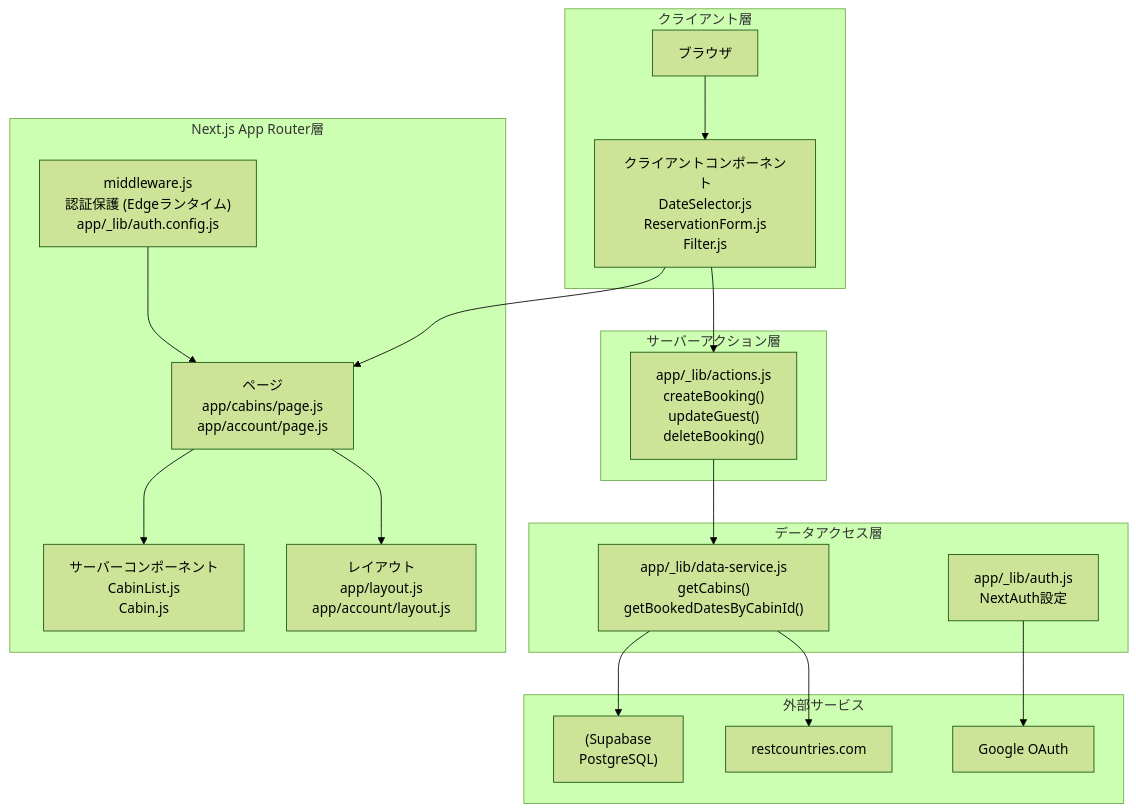
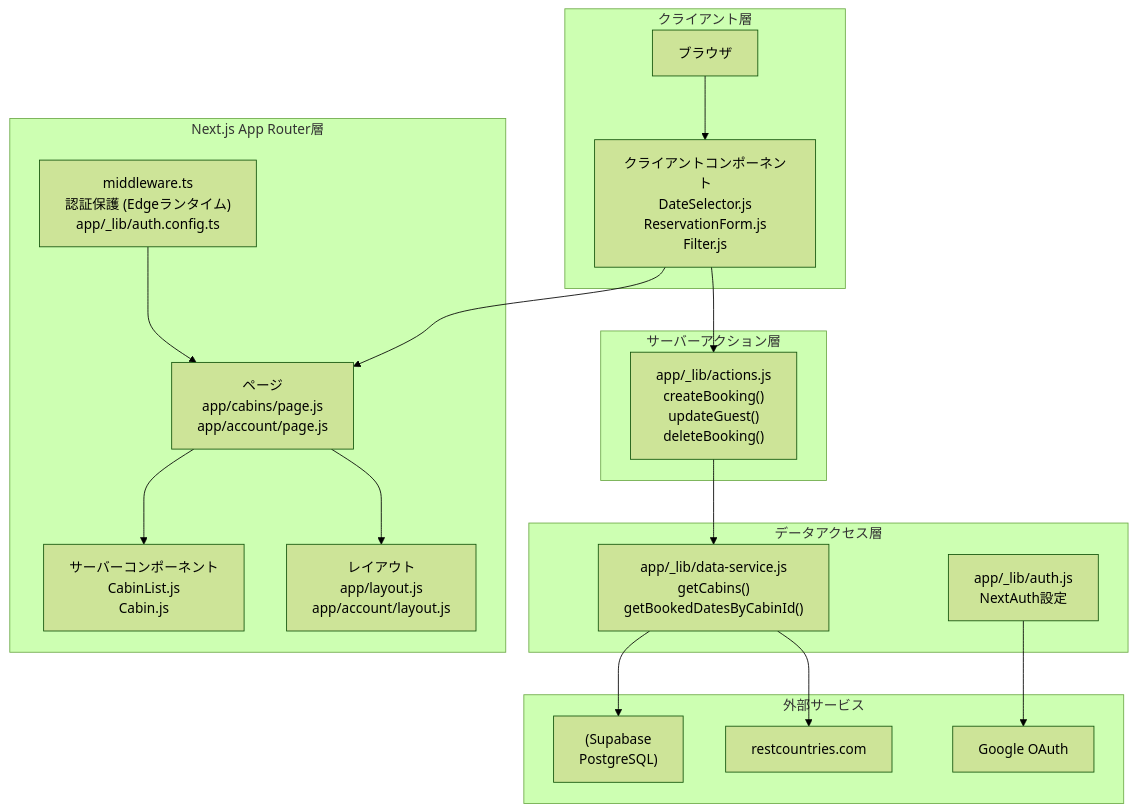
The first of 5 diagrams in README.md (myoshi2891/The-Wild-Oasis-For-User), drawn with Mermaid (forest theme) before and after one commit. The commit also changed 3 other files, not shown here.

````diff
--- a/README.md
+++ b/README.md
@@ -88,40 +88,40 @@
 ```mermaid
 graph TB
     subgraph "クライアント層"
         Browser[ブラウザ]
         ClientComponents[クライアントコンポーネント<br/>DateSelector.js<br/>ReservationForm.js<br/>Filter.js]
     end
     
     subgraph "Next.js App Router層"
         Pages[ページ<br/>app/cabins/page.js<br/>app/account/page.js]
         Layouts[レイアウト<br/>app/layout.js<br/>app/account/layout.js]
         ServerComponents[サーバーコンポーネント<br/>CabinList.js<br/>Cabin.js]
-        Middleware["middleware.js<br/>認証保護 (Edgeランタイム)<br/>app/_lib/auth.config.js"]
+        Middleware["middleware.ts<br/>認証保護 (Edgeランタイム)<br/>app/_lib/auth.config.ts"]
     end
     
     subgraph "サーバーアクション層"
         Actions["app/_lib/actions.js<br/>createBooking()<br/>updateGuest()<br/>deleteBooking()"]
     end
     
     subgraph "データアクセス層"
         DataService["app/_lib/data-service.js<br/>getCabins()<br/>getBookedDatesByCabinId()"]
         Auth[app/_lib/auth.js<br/>NextAuth設定]
     end
     
     subgraph "外部サービス"
         Supabase["(Supabase<br/>PostgreSQL)"]
         GoogleOAuth[Google OAuth]
         RestCountries[restcountries.com]
     end
     
     Browser --> ClientComponents
     ClientComponents --> Pages
     Pages --> ServerComponents
     Pages --> Layouts
     Middleware --> Pages
     ClientComponents --> Actions
     Actions --> DataService
     DataService --> Supabase
     Auth --> GoogleOAuth
     DataService --> RestCountries
 ```
````
